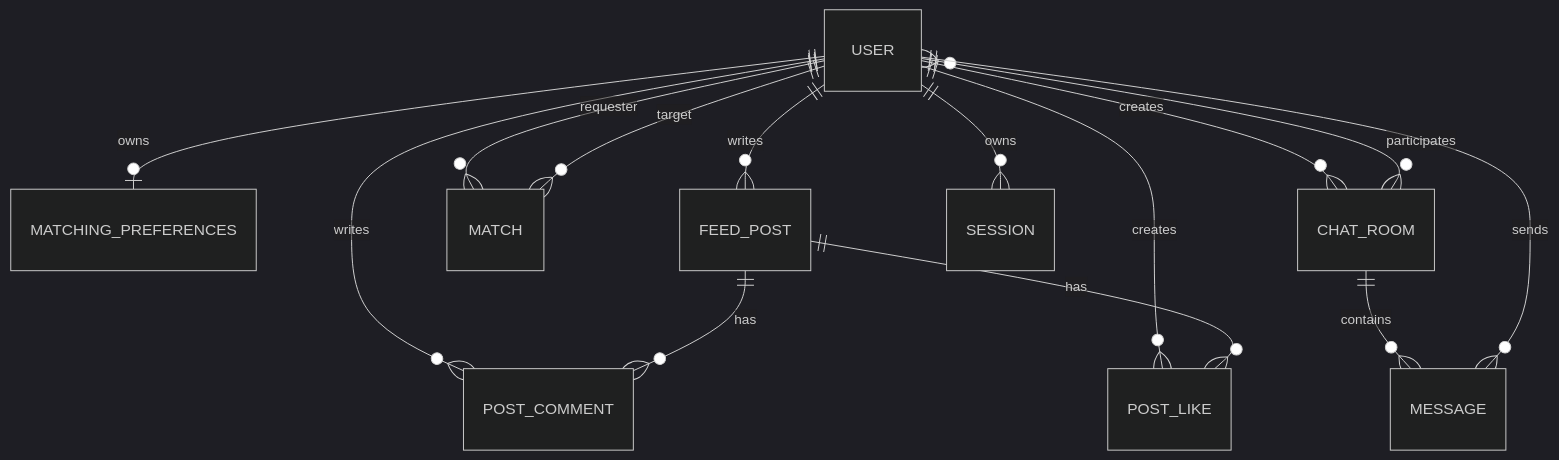
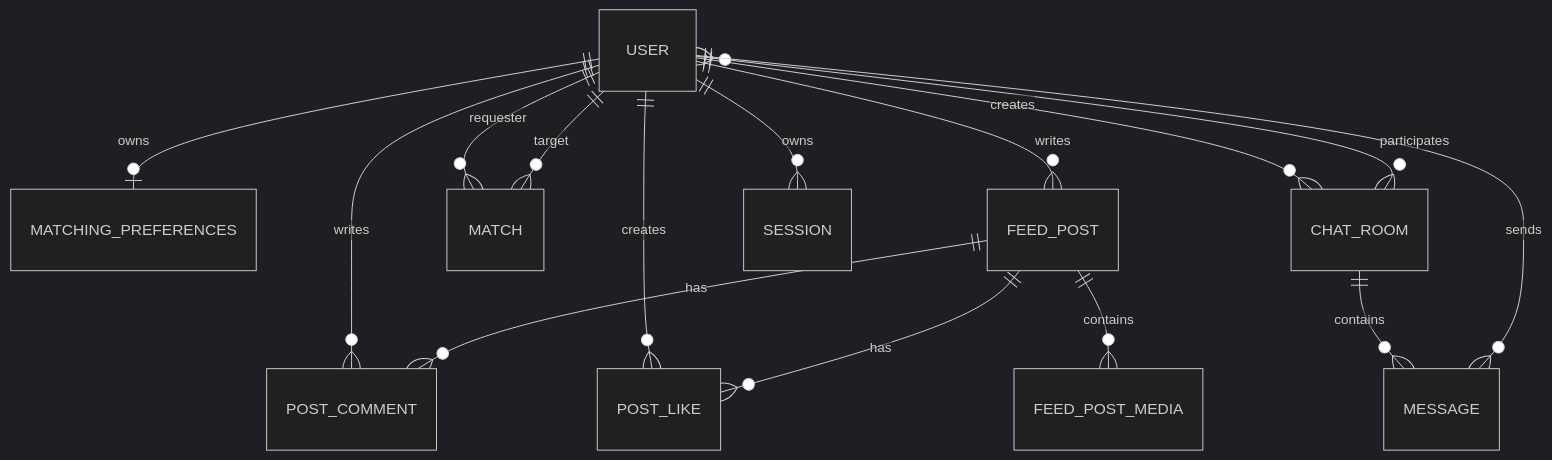
The diagram in docs/03-data-model.md (gitUserKHS/talk_with_neighbors_back), drawn with Mermaid (dark theme) before and after one commit. The commit also changed other lines of this file and 49 other files, not shown here.

````diff
--- a/docs/03-data-model.md
+++ b/docs/03-data-model.md
@@ -5,16 +5,17 @@
 ```mermaid
 erDiagram
     USER ||--o| MATCHING_PREFERENCES : owns
     USER ||--o{ FEED_POST : writes
     USER ||--o{ POST_COMMENT : writes
     USER ||--o{ POST_LIKE : creates
     FEED_POST ||--o{ POST_COMMENT : has
     FEED_POST ||--o{ POST_LIKE : has
+    FEED_POST ||--o{ FEED_POST_MEDIA : contains
     USER ||--o{ MATCH : requester
     USER ||--o{ MATCH : target
     USER ||--o{ CHAT_ROOM : creates
     USER }o--o{ CHAT_ROOM : participates
     CHAT_ROOM ||--o{ MESSAGE : contains
     USER ||--o{ MESSAGE : sends
     USER ||--o{ SESSION : owns
 ```
````
